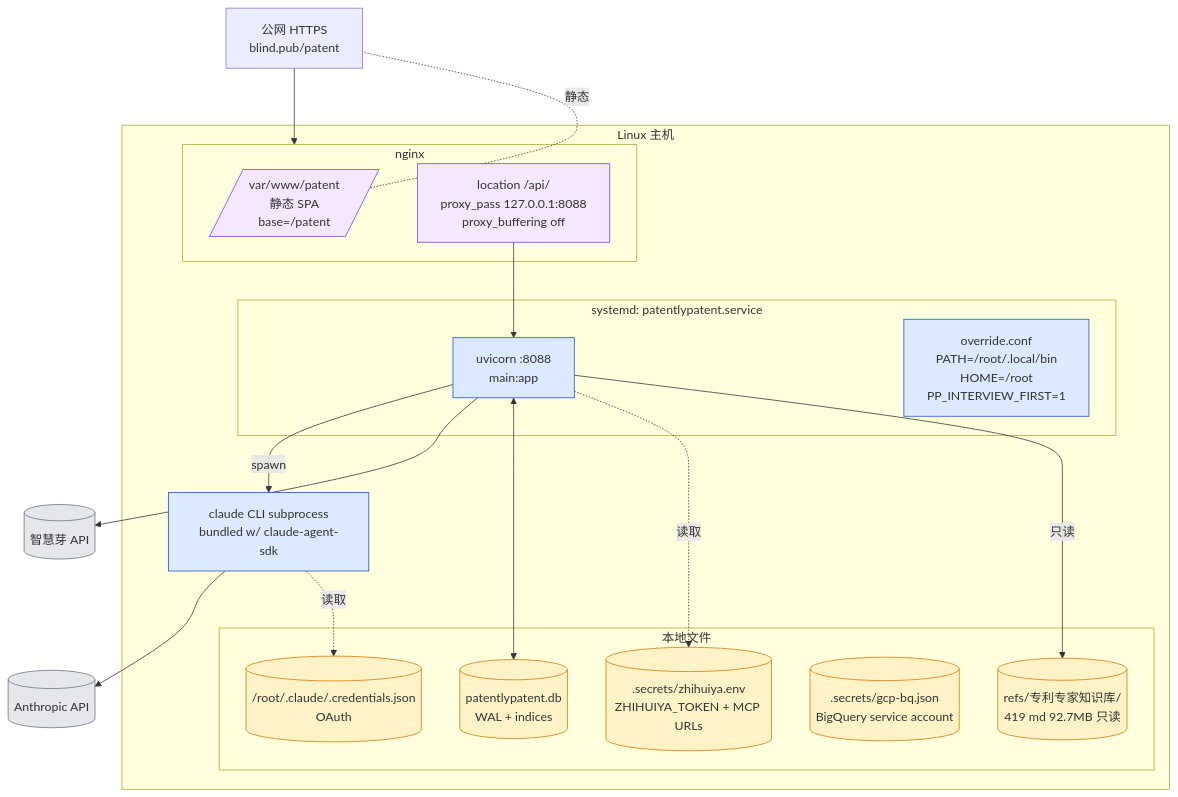
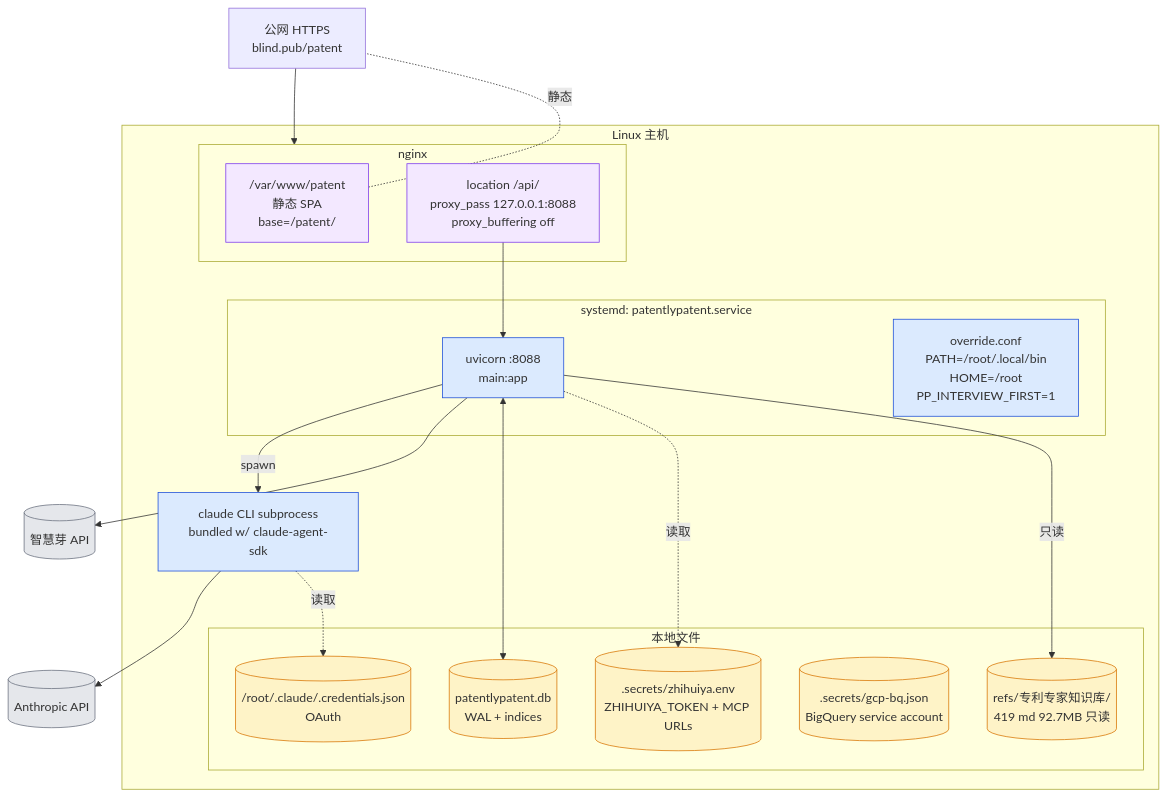
One commit to ChuangLee/PatentlyPatent changed diagram 11 of 12 in docs/hld.md. Above: the diagram before and after it, drawn with Mermaid. The commit also changed 1 other file, not shown here.

Commit message:
fix: mermaid label 以 / 开头被当成平行四边形语法 — Lexical error
deploy_runbook.md 和 hld.md 都有 \`X[/path/<br/>...]\` 的节点，mermaid
词法分析器看到 \`[\` 后紧跟 \`/\` 会尝试解析成平行四边形 \`[/.../]\` 形状，
但末尾只有 \`]\` 不是 \`/]\`，报 Lexical error。

修复：把 label 用双引号包起来，强制按字符串解析。

- deploy_runbook L14:  S[/var/www/patent/<br/>Vue dist]
                  →    S["/var/www/patent/<br/>Vue dist"]
- hld L701:    NG_STATIC[/var/www/patent<br/>静态 SPA<br/>base=/patent/]
        →      NG_STATIC["/var/www/patent<br/>静态 SPA<br/>base=/patent/"]

````diff
--- a/docs/hld.md
+++ b/docs/hld.md
@@ -690,45 +690,45 @@
 ```mermaid
 graph TB
     classDef ng fill:#f3e8ff,stroke:#7c3aed
     classDef sd fill:#dbeafe,stroke:#1d4ed8
     classDef fs fill:#fef3c7,stroke:#d97706
     classDef ext fill:#e5e7eb,stroke:#6b7280
 
     NET[公网 HTTPS<br/>blind.pub/patent]
 
     subgraph Server[Linux 主机]
         subgraph Nginx[nginx]
-            NG_STATIC[/var/www/patent<br/>静态 SPA<br/>base=/patent/]:::ng
+            NG_STATIC["/var/www/patent<br/>静态 SPA<br/>base=/patent/"]:::ng
             NG_PROXY[location /api/<br/>proxy_pass 127.0.0.1:8088<br/>proxy_buffering off]:::ng
         end
 
         subgraph Systemd[systemd: patentlypatent.service]
             UVICORN[uvicorn :8088<br/>main:app]:::sd
             OVERRIDE[override.conf<br/>PATH=/root/.local/bin<br/>HOME=/root<br/>PP_INTERVIEW_FIRST=1]:::sd
         end
 
         subgraph FsLayer[本地文件]
             DBF[(patentlypatent.db<br/>WAL + indices)]:::fs
             CRED[(/root/.claude/.credentials.json<br/>OAuth)]:::fs
             SECRETS[(.secrets/zhihuiya.env<br/>ZHIHUIYA_TOKEN + MCP URLs)]:::fs
             GCP[(.secrets/gcp-bq.json<br/>BigQuery service account)]:::fs
             KBR[(refs/专利专家知识库/<br/>419 md 92.7MB 只读)]:::fs
         end
 
         CLI_SUB[claude CLI subprocess<br/>bundled w/ claude-agent-sdk]:::sd
     end
 
     ANTH[(Anthropic API)]:::ext
     ZHY[(智慧芽 API)]:::ext
 
     NET --> Nginx
     NG_STATIC -.静态.- NET
     NG_PROXY --> UVICORN
     UVICORN -- spawn --> CLI_SUB
     CLI_SUB --> ANTH
     UVICORN --> ZHY
     UVICORN <--> DBF
     CLI_SUB -.读取.-> CRED
     UVICORN -.读取.-> SECRETS
     UVICORN -- 只读 --> KBR
 ```
````
